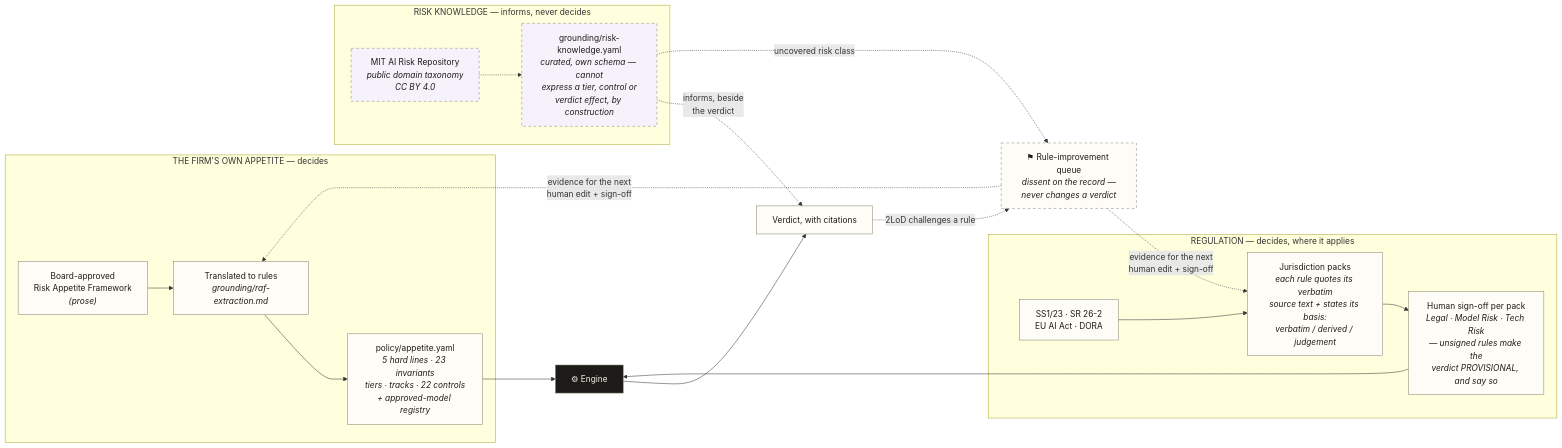
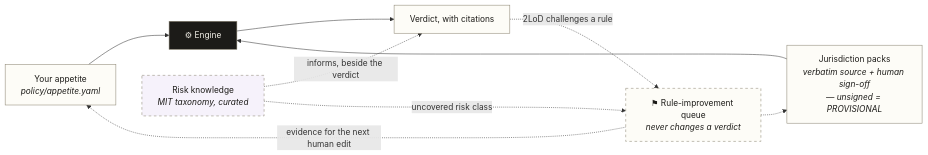
The diagram in README.md (oza977-max/counterpoise), drawn with Mermaid before and after one commit. The commit also changed other lines of this file and 2 other files, not shown here.

First line of the commit message:
docs(README): rewrite for a first-time reader — hook, verdict screenshot, one diagram, honest limits; deep sections moved word for word to docs/adopting.md

````diff
--- a/README.md
+++ b/README.md
@@ -182,32 +79,16 @@
 ```mermaid
 flowchart LR
-    subgraph firm["THE FIRM'S OWN APPETITE — decides"]
-        RAF["Board-approved<br/>Risk Appetite Framework<br/><i>(prose)</i>"] --> EX["Translated to rules<br/><i>grounding/raf-extraction.md</i>"]
-        EX --> POL["policy/appetite.yaml<br/><i>5 hard lines · 23 invariants<br/>tiers · tracks · 22 controls<br/>+ approved-model registry</i>"]
-    end
-
-    subgraph reg["REGULATION — decides, where it applies"]
-        LAW["SS1/23 · SR 26-2<br/>EU AI Act · DORA"] --> PACK["Jurisdiction packs<br/><i>each rule quotes its verbatim<br/>source text + states its basis:<br/>verbatim / derived / judgement</i>"]
-        PACK --> SIGN["Human sign-off per pack<br/><i>Legal · Model Risk · Tech Risk<br/>— unsigned rules make the<br/>verdict PROVISIONAL, and say so</i>"]
-    end
-
-    POL --> ENGINE["⚙ Engine"]
-    SIGN --> ENGINE
+    POL["Your appetite<br/><i>policy/appetite.yaml</i>"] --> ENGINE["⚙ Engine"]
+    PACK["Jurisdiction packs<br/><i>verbatim source + human sign-off<br/>— unsigned = PROVISIONAL</i>"] --> ENGINE
     ENGINE --> V["Verdict, with citations"]
-
-    V -.->|"2LoD challenges a rule"| Q["⚑ Rule-improvement queue<br/><i>dissent on the record —<br/>never changes a verdict</i>"]
-    Q -.->|"evidence for the next<br/>human edit + sign-off"| EX
-    Q -.->|"evidence for the next<br/>human edit + sign-off"| PACK
-
-    subgraph know["RISK KNOWLEDGE — informs, never decides"]
-        MIT["MIT AI Risk Repository<br/><i>public domain taxonomy<br/>CC BY 4.0</i>"] -.-> LENS["grounding/risk-knowledge.yaml<br/><i>curated, own schema — cannot<br/>express a tier, control or<br/>verdict effect, by construction</i>"]
-    end
-    LENS -.->|"informs, beside<br/>the verdict"| V
+    V -.->|"2LoD challenges a rule"| Q["⚑ Rule-improvement queue<br/><i>never changes a verdict</i>"]
+    LENS["Risk knowledge<br/><i>MIT taxonomy, curated</i>"] -.->|"informs, beside the verdict"| V
     LENS -.->|"uncovered risk class"| Q
+    Q -.->|"evidence for the next human edit"| POL
+    Q -.-> PACK
 
     classDef default fill:#fdfcf7,stroke:#8a8371,color:#1c1b18
     style ENGINE fill:#1c1b18,color:#f3f0e8
-    style Q stroke-dasharray: 5 5,fill:#fdfcf7,color:#1c1b18
-    style LENS stroke-dasharray: 5 5,fill:#f6f2fb,color:#1c1b18
-    style MIT stroke-dasharray: 5 5,fill:#f6f2fb,color:#1c1b18
+    style Q stroke-dasharray: 5 5
+    style LENS stroke-dasharray: 5 5,fill:#f6f2fb
 ```
````
